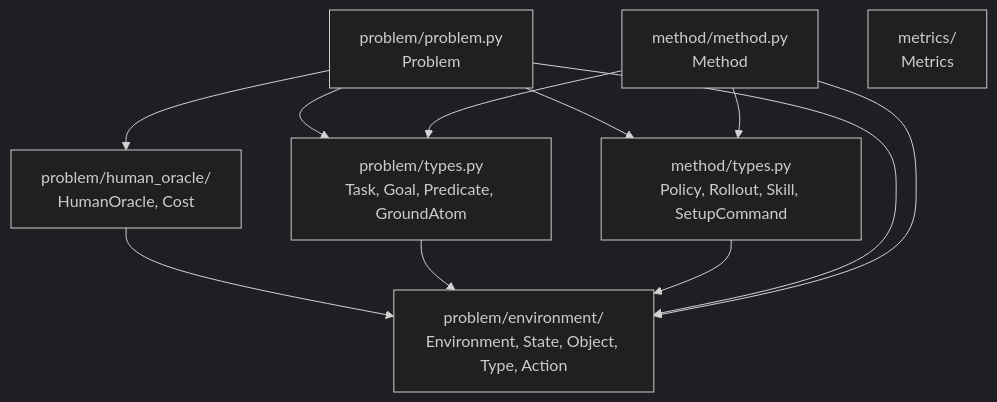
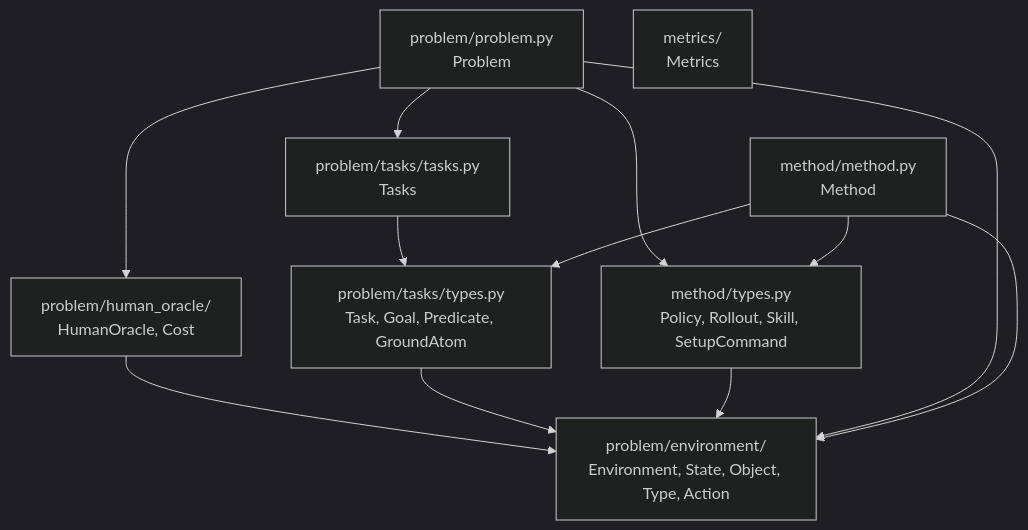
The diagram in src/hitl_pmp/core/README.md (joshnroy/human-in-the-loop-practice-makes-perfect), drawn with Mermaid (dark theme) before and after one commit. The commit also changed other lines of this file and 12 other files, not shown here.

First line of the commit message:
Split Problem into environment/human_oracle/tasks; Problem becomes a facade

````diff
--- a/src/hitl_pmp/core/README.md
+++ b/src/hitl_pmp/core/README.md
@@ -180,21 +203,23 @@
 ```mermaid
 graph TD
     env["problem/environment/<br/>Environment, State, Object, Type, Action"]
     ho["problem/human_oracle/<br/>HumanOracle, Cost"]
-    ptypes["problem/types.py<br/>Task, Goal, Predicate, GroundAtom"]
+    tasktypes["problem/tasks/types.py<br/>Task, Goal, Predicate, GroundAtom"]
+    tasks["problem/tasks/tasks.py<br/>Tasks"]
     mtypes["method/types.py<br/>Policy, Rollout, Skill, SetupCommand"]
     problem["problem/problem.py<br/>Problem"]
     method["method/method.py<br/>Method"]
     metrics["metrics/<br/>Metrics"]
 
     ho --> env
-    ptypes --> env
+    tasktypes --> env
+    tasks --> tasktypes
     mtypes --> env
     problem --> env
     problem --> ho
-    problem --> ptypes
+    problem --> tasks
     problem --> mtypes
     method --> env
     method --> mtypes
-    method --> ptypes
+    method --> tasktypes
 ```
````
